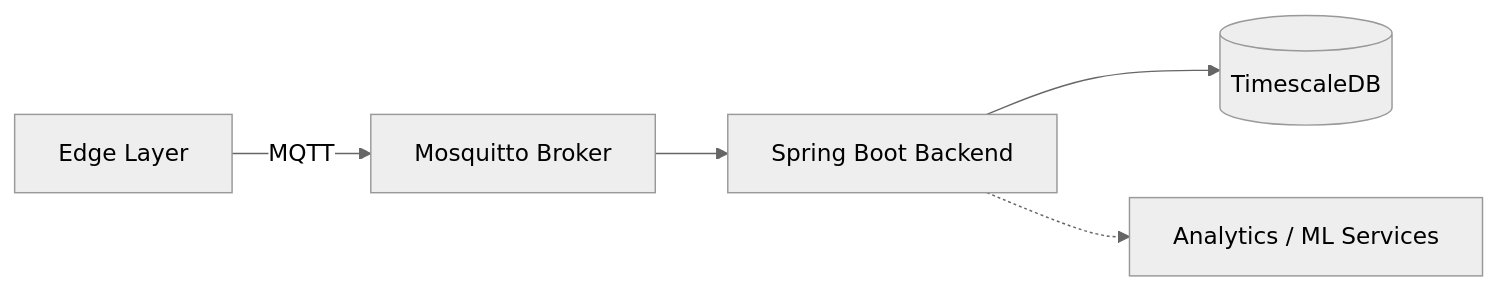
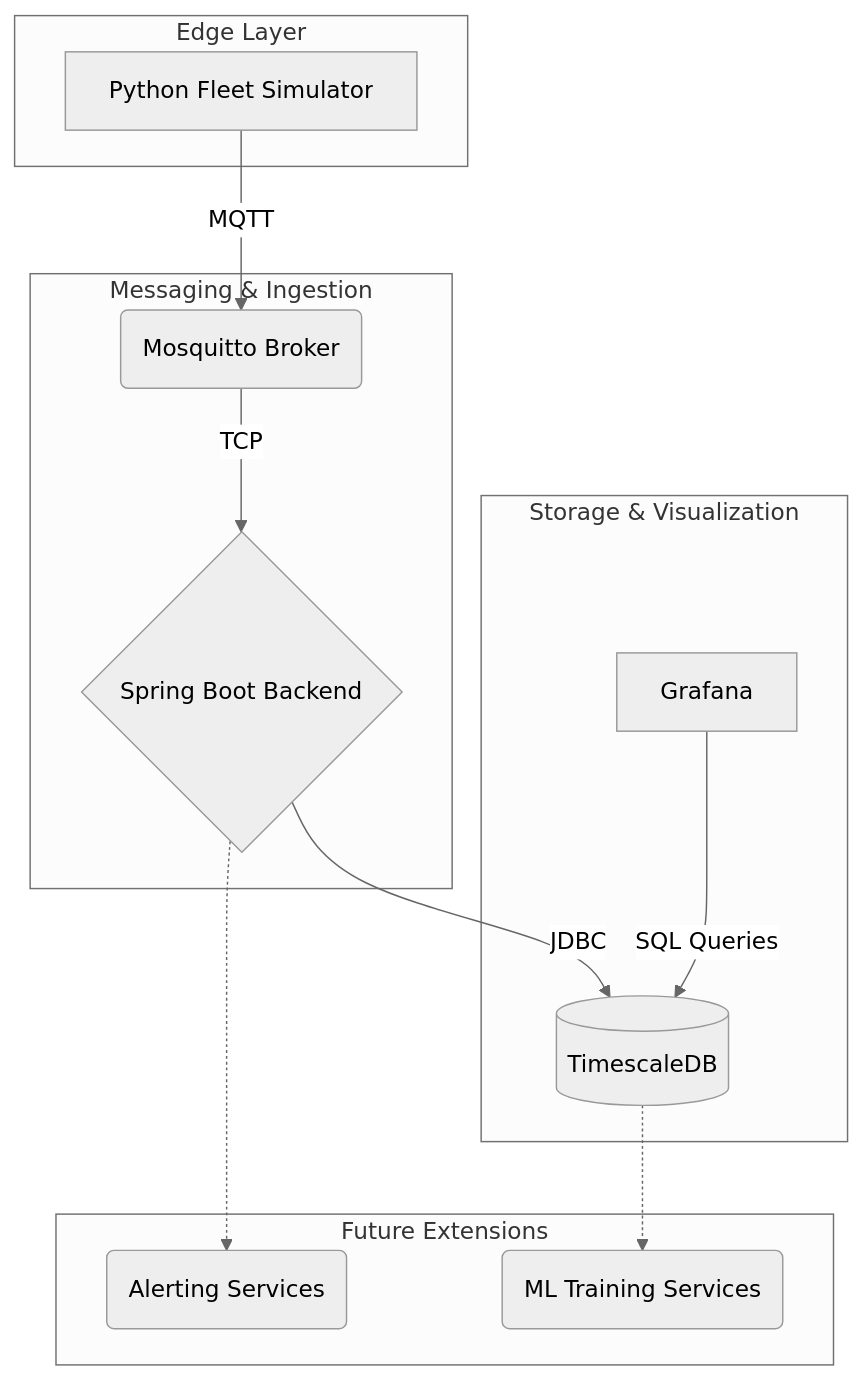
The diagram in README.md (joaodavidesouza/Open-PMF), drawn with Mermaid (neutral theme) before and after one commit. The commit also changed other lines of this file, not shown here.

`````diff
--- a/README.md
+++ b/README.md
@@ -79,7 +21,21 @@
 ```mermaid
-graph LR
-    A[Edge Layer] -->|MQTT| B[Mosquitto Broker]
-    B --> C[Spring Boot Backend]
-    C --> D[(TimescaleDB)]
-    C -.-> E[Analytics / ML Services]
-```
+graph TD
+    subgraph "Edge Layer"
+        A[Python Fleet Simulator]
+    end
+    
+    subgraph "Messaging & Ingestion"
+        A -- "MQTT" --> B(Mosquitto Broker)
+        B -- "TCP" --> C{Spring Boot Backend}
+    end
+
+    subgraph "Storage & Visualization"
+        C -- "JDBC" --> D[(TimescaleDB)]
+        E[Grafana] -- "SQL Queries" --> D
+    end
+
+    subgraph "Future Extensions"
+        C -.-> F(Alerting Services)
+        D -.-> G(ML Training Services)
+    end
+````
`````
